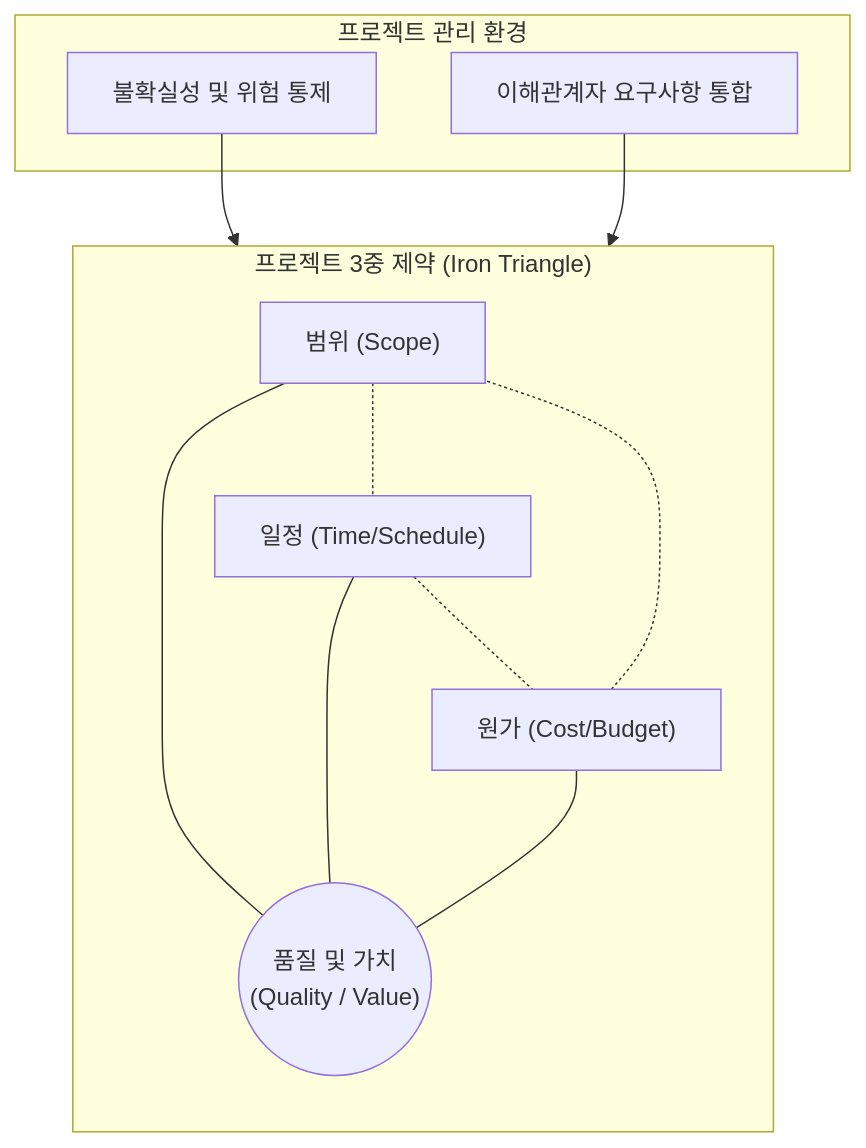
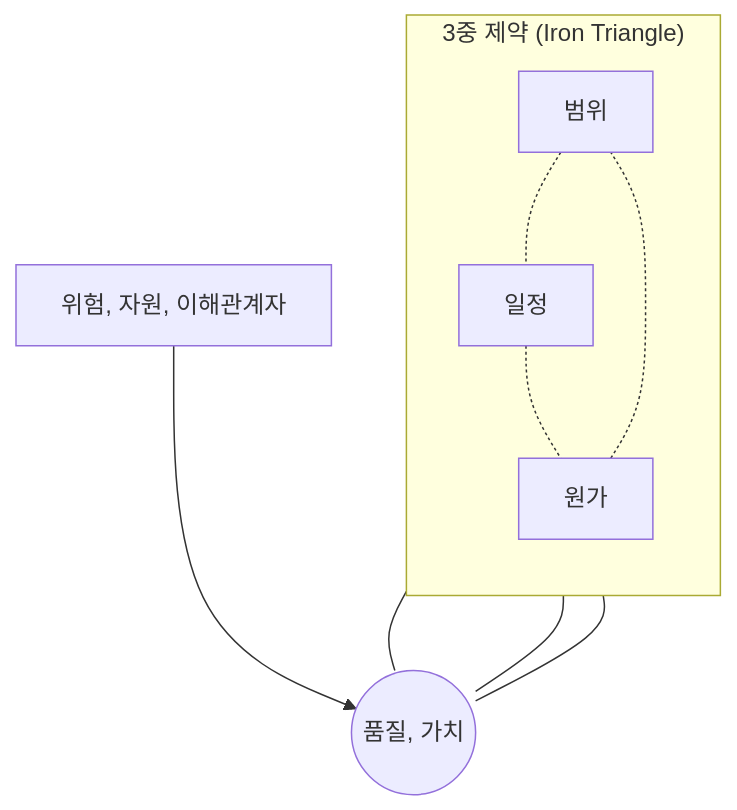
One commit to supremethumb/supremethumb.github.io changed the diagram in content/01_IT Tech/프로젝트 관리의 일반적 특징.md. Above: the diagram before and after it, drawn with Mermaid. The commit also changed other lines of this file and 1087 other files, not shown here.

````diff
--- a/content/01_IT Tech/프로젝트 관리의 일반적 특징.md
+++ b/content/01_IT Tech/프로젝트 관리의 일반적 특징.md
@@ -23,29 +34,17 @@
 ```mermaid
 flowchart TD
-    subgraph "프로젝트 3중 제약 (Iron Triangle)"
+    subgraph TC ["3중 제약 (Iron Triangle)"]
         direction TB
-        
-        Scope["범위 (Scope)"]
-        Time["일정 (Time/Schedule)"]
-        Cost["원가 (Cost/Budget)"]
-        
-        Quality(("품질 및 가치\n(Quality / Value)"))
-        
-        Scope --- Quality
-        Time --- Quality
-        Cost --- Quality
-        
-        Scope -.- Time
-        Time -.- Cost
-        Cost -.- Scope
+        S["범위"]
+        T["일정"]
+        C["원가"]
+        S -.- T
+        T -.- C
+        C -.- S
     end
-    
-    subgraph "프로젝트 관리 환경"
-        Risk[불확실성 및 위험 통제]
-        Stakeholder[이해관계자 요구사항 통합]
-        
-        Risk --> Quality
-        Stakeholder --> Quality
-    end
-
+    Q(("품질, 가치"))
+    S --- Q
+    T --- Q
+    C --- Q
+    R["위험, 자원, 이해관계자"] --> Q
 ```
````
